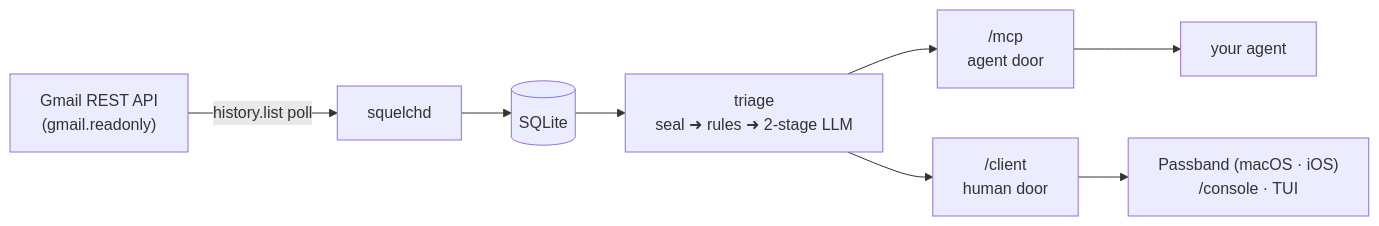
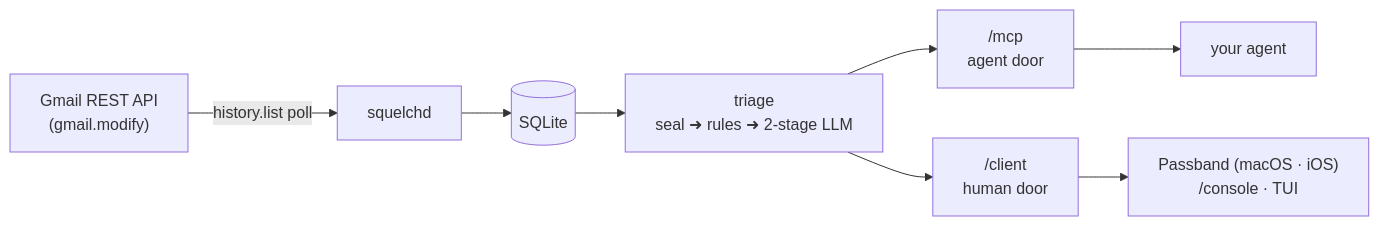
Before and after one commit to passband-app/passband: the diagram in README.md, drawn with Mermaid. The commit also changed other lines of this file and 15 other files, not shown here.

First line of the commit message:
Ask Google for gmail.modify only

````diff
--- a/README.md
+++ b/README.md
@@ -43,10 +43,10 @@
 ```mermaid
 flowchart LR
-    G["Gmail REST API<br/>(gmail.readonly)"] -->|history.list poll| D[squelchd]
+    G["Gmail REST API<br/>(gmail.modify)"] -->|history.list poll| D[squelchd]
     D --> S[(SQLite)]
     S --> T["triage<br/>seal ➜ rules ➜ 2-stage LLM"]
     T --> M["/mcp<br/>agent door"]
     T --> C["/client<br/>human door"]
     M --> A["your agent"]
     C --> P["Passband (macOS · iOS)<br/>/console · TUI"]
 ```
````
